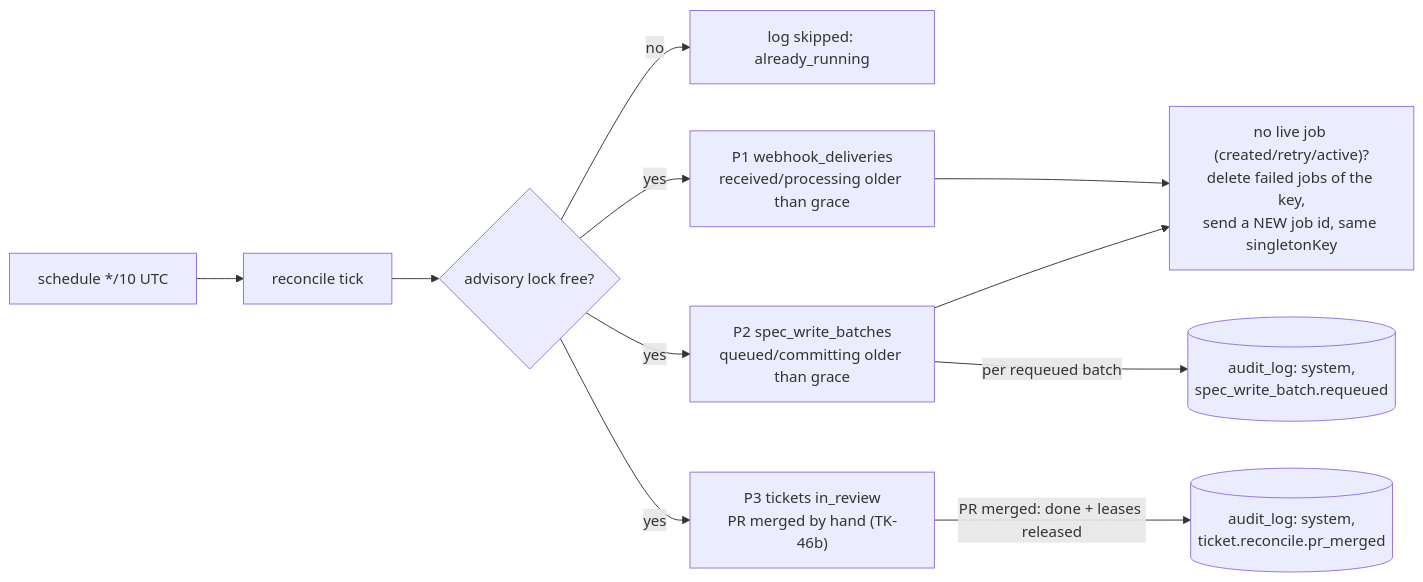
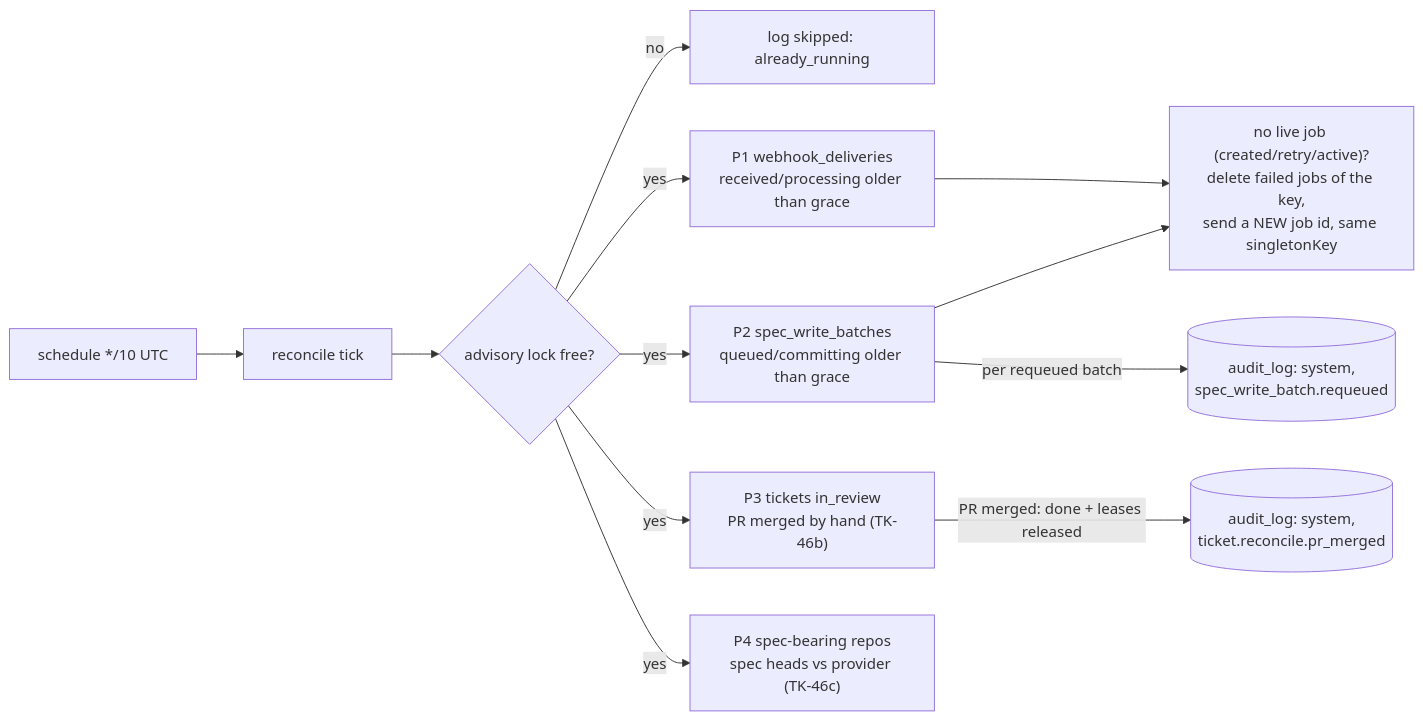
Diagram 27 of 35 in docs/architecture.md (koklo-dev/koklo), drawn with Mermaid before and after one commit. The commit also changed other lines of this file and 22 other files, not shown here.

Commit message:
feat(worker): reconcile the spec heads with a provider call budget

````diff
--- a/docs/architecture.md
+++ b/docs/architecture.md
@@ -903,12 +903,13 @@
 ```mermaid
 flowchart LR
   S["schedule */10 UTC"] --> T["reconcile tick"] --> L{"advisory lock free?"}
   L -->|"no"| K["log skipped: already_running"]
   L -->|"yes"| P1["P1 webhook_deliveries<br/>received/processing older than grace"]
   L -->|"yes"| P2["P2 spec_write_batches<br/>queued/committing older than grace"]
   L -->|"yes"| P3["P3 tickets in_review<br/>PR merged by hand (TK-46b)"]
+  L -->|"yes"| P4["P4 spec-bearing repos<br/>spec heads vs provider (TK-46c)"]
   P1 --> R["no live job (created/retry/active)?<br/>delete failed jobs of the key,<br/>send a NEW job id, same singletonKey"]
   P2 --> R
   P2 -->|"per requeued batch"| A[("audit_log: system,<br/>spec_write_batch.requeued")]
   P3 -->|"PR merged: done + leases released"| A3[("audit_log: system,<br/>ticket.reconcile.pr_merged")]
 ```
````
